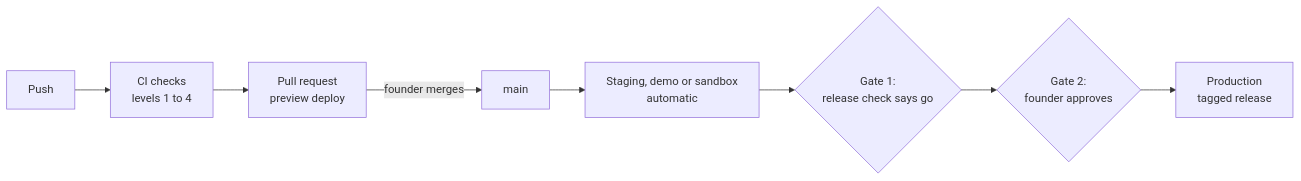
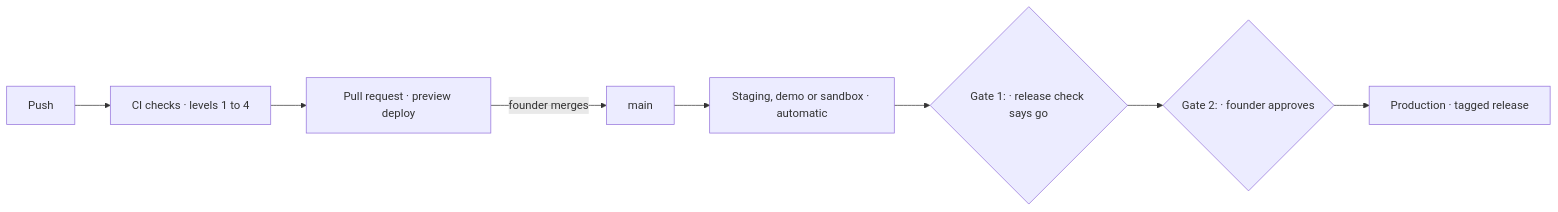
The third of 3 diagrams in plugins/solo-to-scale/docs/handbook.md (Payaml3/solo-to-scale), drawn with Mermaid before and after one commit. The commit also changed other lines of this file and 19 other files, not shown here.

````diff
--- a/plugins/solo-to-scale/docs/handbook.md
+++ b/plugins/solo-to-scale/docs/handbook.md
@@ -292,10 +306,10 @@
 ```mermaid
 flowchart LR
-  P["Push"] --> CI["CI checks<br/>levels 1 to 4"]
-  CI --> PR["Pull request<br/>preview deploy"]
+  P["Push"] --> CI["CI checks · levels 1 to 4"]
+  CI --> PR["Pull request · preview deploy"]
   PR -->|"founder merges"| M["main"]
-  M --> S["Staging, demo or sandbox<br/>automatic"]
-  S --> G1{"Gate 1:<br/>release check says go"}
-  G1 --> G2{"Gate 2:<br/>founder approves"}
-  G2 --> PROD["Production<br/>tagged release"]
+  M --> S["Staging, demo or sandbox · automatic"]
+  S --> G1{"Gate 1: · release check says go"}
+  G1 --> G2{"Gate 2: · founder approves"}
+  G2 --> PROD["Production · tagged release"]
 ```
````
